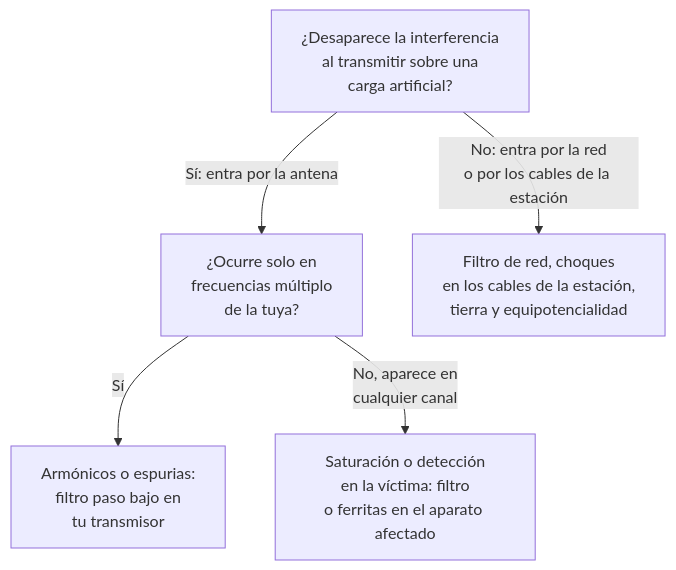
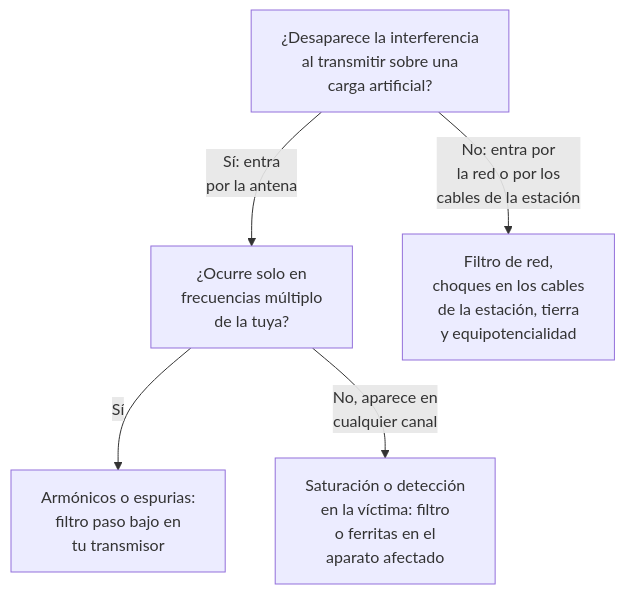
The second of 2 diagrams in docs/08-interferencias.md (mshodai/manual-radioaficionado), drawn with Mermaid before and after one commit. The commit also changed other lines of this file and 33 other files, not shown here.

````diff
--- a/docs/08-interferencias.md
+++ b/docs/08-interferencias.md
@@ -211,7 +211,7 @@
 ```mermaid
 flowchart TD
-    A["¿Desaparece la interferencia<br/>al transmitir sobre una<br/>carga artificial?"] -->|"Sí: entra por la antena"| B["¿Ocurre solo en<br/>frecuencias múltiplo<br/>de la tuya?"]
-    A -->|"No: entra por la red<br/>o por los cables de la estación"| C["Filtro de red, choques<br/>en los cables de la estación,<br/>tierra y equipotencialidad"]
+    A["¿Desaparece la interferencia<br/>al transmitir sobre una<br/>carga artificial?"] -->|"Sí: entra<br/>por la antena"| B["¿Ocurre solo en<br/>frecuencias múltiplo<br/>de la tuya?"]
+    A -->|"No: entra por<br/>la red o por los<br/>cables de la estación"| C["Filtro de red,<br/>choques en los cables<br/>de la estación, tierra<br/>y equipotencialidad"]
     B -->|"Sí"| D["Armónicos o espurias:<br/>filtro paso bajo en<br/>tu transmisor"]
-    B -->|"No, aparece en<br/>cualquier canal"| E["Saturación o detección<br/>en la víctima: filtro<br/>o ferritas en el aparato afectado"]
+    B -->|"No, aparece en<br/>cualquier canal"| E["Saturación o detección<br/>en la víctima: filtro<br/>o ferritas en el<br/>aparato afectado"]
 ```
````
